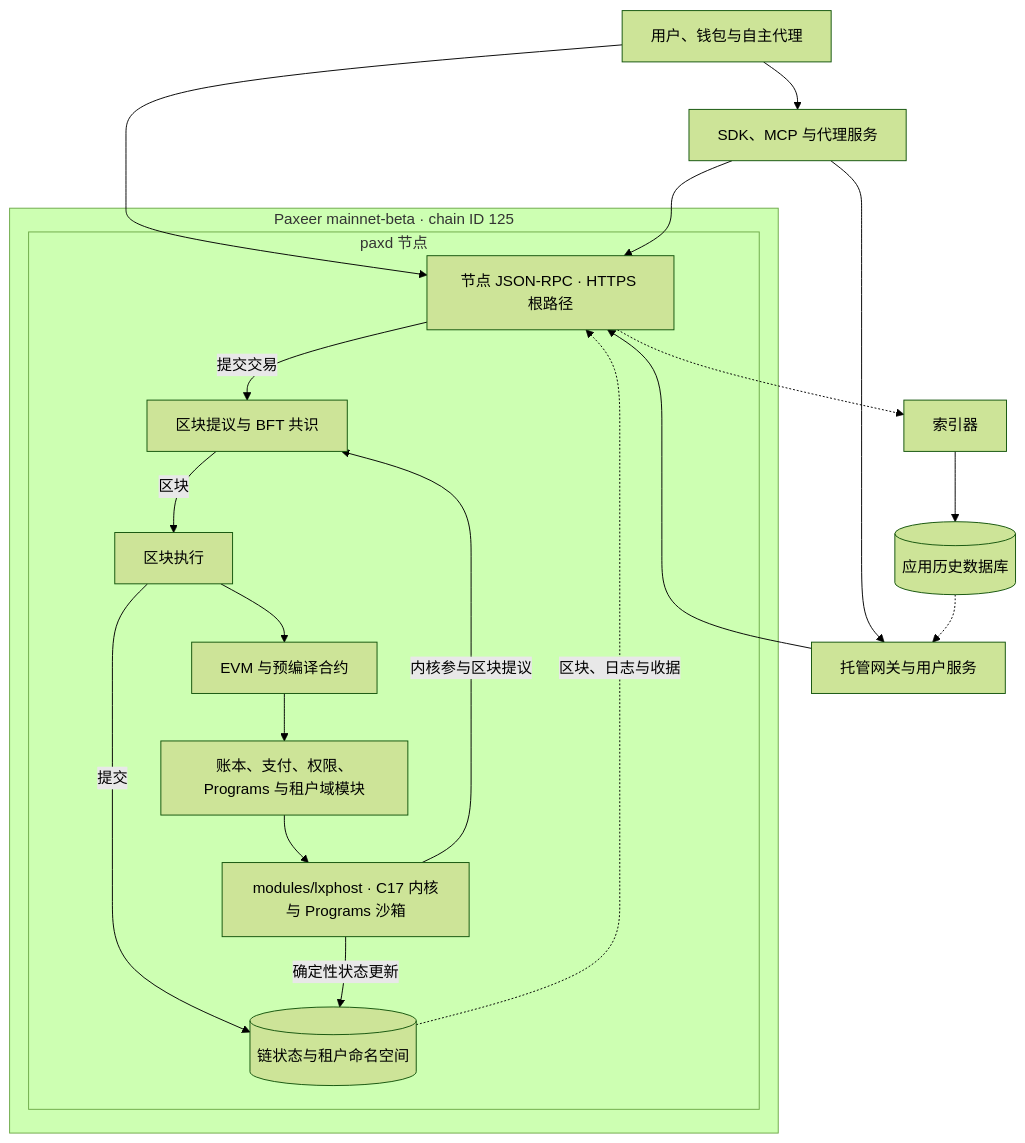
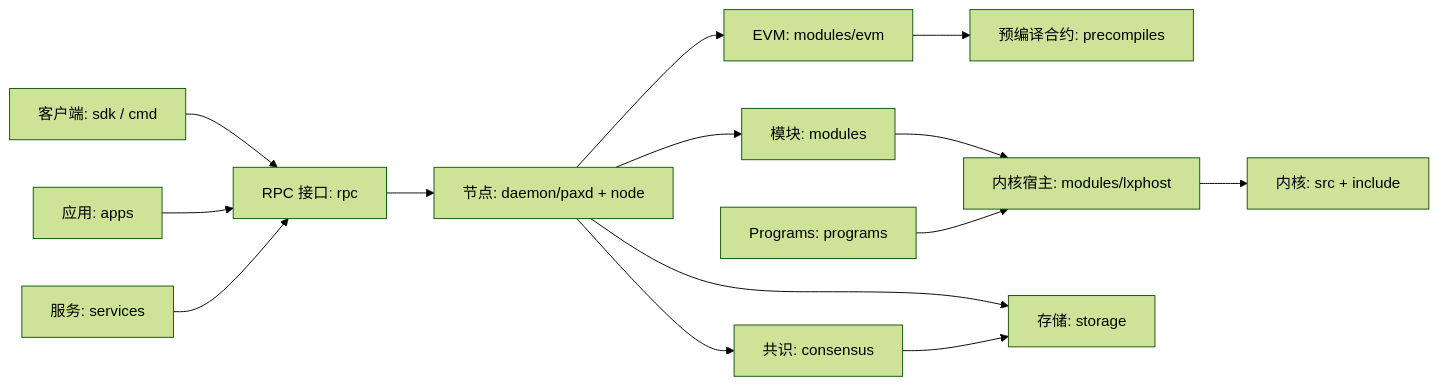
Before and after one commit to Sidiora-Labs/paxeer-monorepo: the diagram in docs/readme/README.zh-CN.md, drawn with Mermaid (forest theme). The commit also changed other lines of this file and 6 other files, not shown here.

````diff
--- a/docs/readme/README.zh-CN.md
+++ b/docs/readme/README.zh-CN.md
@@ -147,38 +46,16 @@
 ```mermaid
-flowchart TB
-  users["用户、钱包与自主代理"]
-  sdk["SDK、MCP 与代理服务"]
-  hosted["托管网关与用户服务"]
-  indexer["索引器"]
-  history[("应用历史数据库")]
-
-  subgraph network ["Paxeer mainnet-beta · chain ID 125"]
-    subgraph node ["paxd 节点"]
-      rpc["节点 JSON-RPC · HTTPS 根路径"]
-      consensus["区块提议与 BFT 共识"]
-      execution["区块执行"]
-      evm["EVM 与预编译合约"]
-      host["modules/lxphost · C17 内核与 Programs 沙箱"]
-      modules["账本、支付、权限、Programs 与租户域模块"]
-      state[("链状态与租户命名空间")]
-    end
-  end
-
-  users --> sdk
-  users --> rpc
-  sdk --> rpc
-  sdk --> hosted
-  hosted --> rpc
-  rpc -->|"提交交易"| consensus
-  host -->|"内核参与区块提议"| consensus
-  consensus -->|"区块"| execution
-  execution --> evm
-  evm --> modules
-  modules --> host
-  execution -->|"提交"| state
-  host -->|"确定性状态更新"| state
-  state -.->|"区块、日志与收据"| rpc
-  rpc -.-> indexer
-  indexer --> history
-  history -.-> hosted
+flowchart LR
+    Clients["客户端: sdk / cmd"] --> RPC["RPC 接口: rpc"]
+    Apps["应用: apps"] --> RPC
+    Services["服务: services"] --> RPC
+    RPC --> Node["节点: daemon/paxd + node"]
+    Node --> Consensus["共识: consensus"]
+    Node --> Modules["模块: modules"]
+    Node --> EVM["EVM: modules/evm"]
+    EVM --> Precompiles["预编译合约: precompiles"]
+    Modules --> KernelHost["内核宿主: modules/lxphost"]
+    KernelHost --> Kernel["内核: src + include"]
+    Programs["Programs: programs"] --> KernelHost
+    Node --> Storage["存储: storage"]
+    Consensus --> Storage
 ```
````
